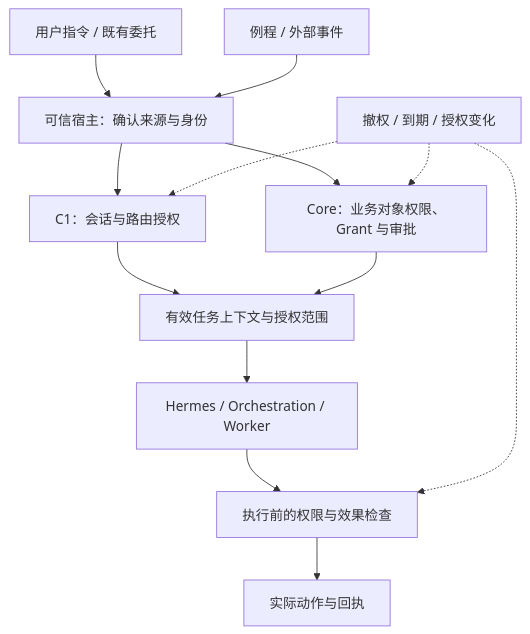
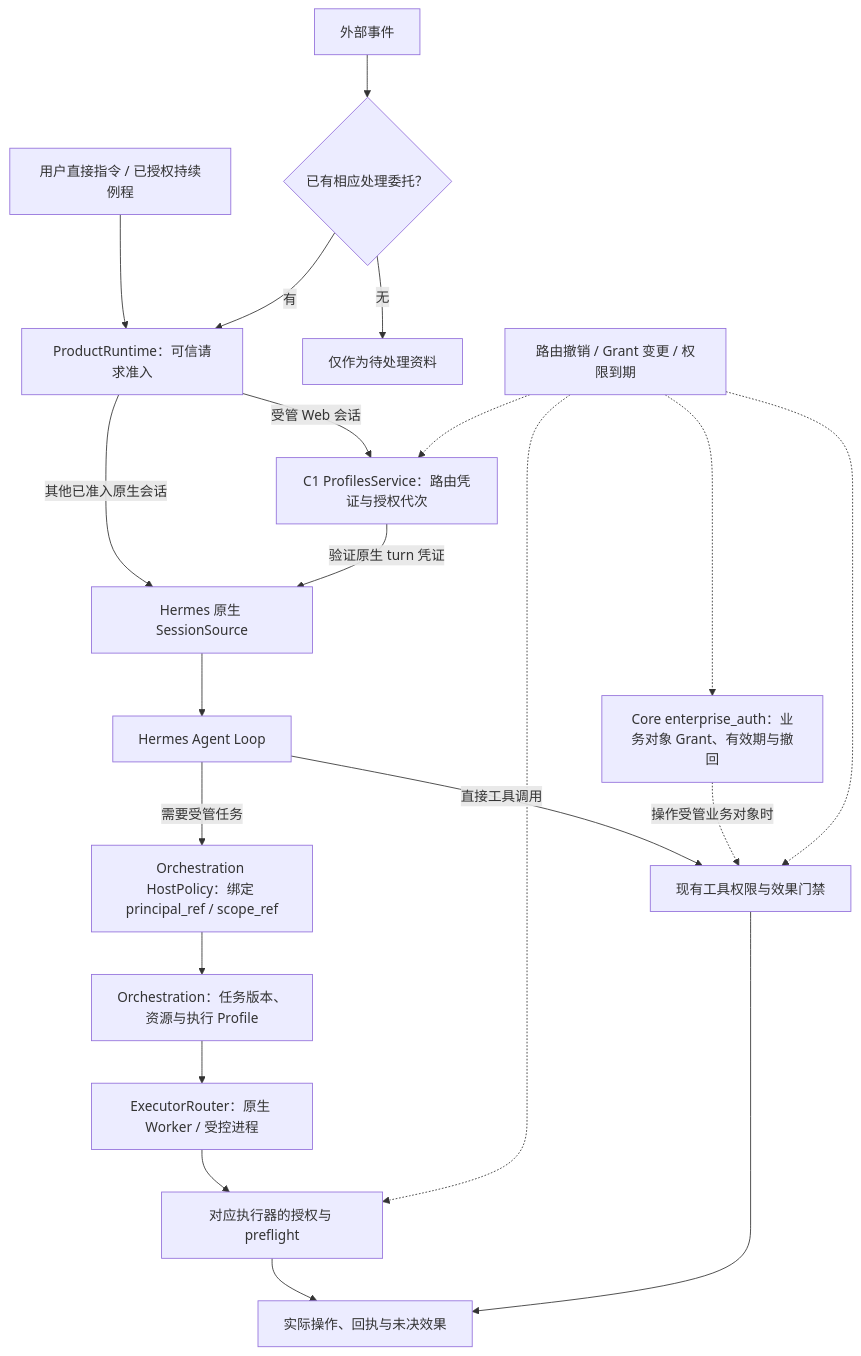
One commit to mor765504-gif/MGRS changed the diagram in parts/01-entry-and-authority.md. Above: the diagram before and after it, drawn with Mermaid.

Commit message:
docs: align MGRS trust-flow diagram with Mimi Harness authorization paths

````diff
--- a/parts/01-entry-and-authority.md
+++ b/parts/01-entry-and-authority.md
@@ -21,15 +21,26 @@
 ```mermaid
 flowchart TB
-    A["用户指令 / 既有委托"] --> B["可信宿主：确认来源与身份"]
-    X["例程 / 外部事件"] --> B
-    B --> C["C1：会话与路由授权"]
-    B --> D["Core：业务对象权限、Grant 与审批"]
-    C --> E["有效任务上下文与授权范围"]
-    D --> E
-    E --> F["Hermes / Orchestration / Worker"]
-    F --> G["执行前的权限与效果检查"]
-    G --> H["实际动作与回执"]
-    R["撤权 / 到期 / 授权变化"] -.-> C
-    R -.-> D
-    R -.-> G
+    U["用户直接指令 / 已授权持续例程"] --> HOST["ProductRuntime：可信请求准入"]
+    EVENT["外部事件"] --> TRIGGER{"已有相应处理委托？"}
+    TRIGGER -->|"有"| HOST
+    TRIGGER -->|"无"| PASSIVE["仅作为待处理资料"]
+
+    HOST -->|"受管 Web 会话"| C1["C1 ProfilesService：路由凭证与授权代次"]
+    HOST -->|"其他已准入原生会话"| SESSION["Hermes 原生 SessionSource"]
+    C1 -->|"验证原生 turn 凭证"| SESSION
+    SESSION --> LOOP["Hermes Agent Loop"]
+
+    LOOP -->|"直接工具调用"| TOOL["现有工具权限与效果门禁"]
+    LOOP -->|"需要受管任务"| POLICY["Orchestration HostPolicy：绑定 principal_ref / scope_ref"]
+    POLICY --> ORCH["Orchestration：任务版本、资源与执行 Profile"]
+    ORCH --> ROUTER["ExecutorRouter：原生 Worker / 受控进程"]
+    ROUTER --> CHECK["对应执行器的授权与 preflight"]
+    CHECK --> EFFECT["实际操作、回执与未决效果"]
+    TOOL --> EFFECT
+
+    CORE["Core enterprise_auth：业务对象 Grant、有效期与撤回"] -.->|"操作受管业务对象时"| TOOL
+    CHANGE["路由撤销 / Grant 变更 / 权限到期"] -.-> C1
+    CHANGE -.-> CORE
+    CHANGE -.-> TOOL
+    CHANGE -.-> CHECK
 ```
````
